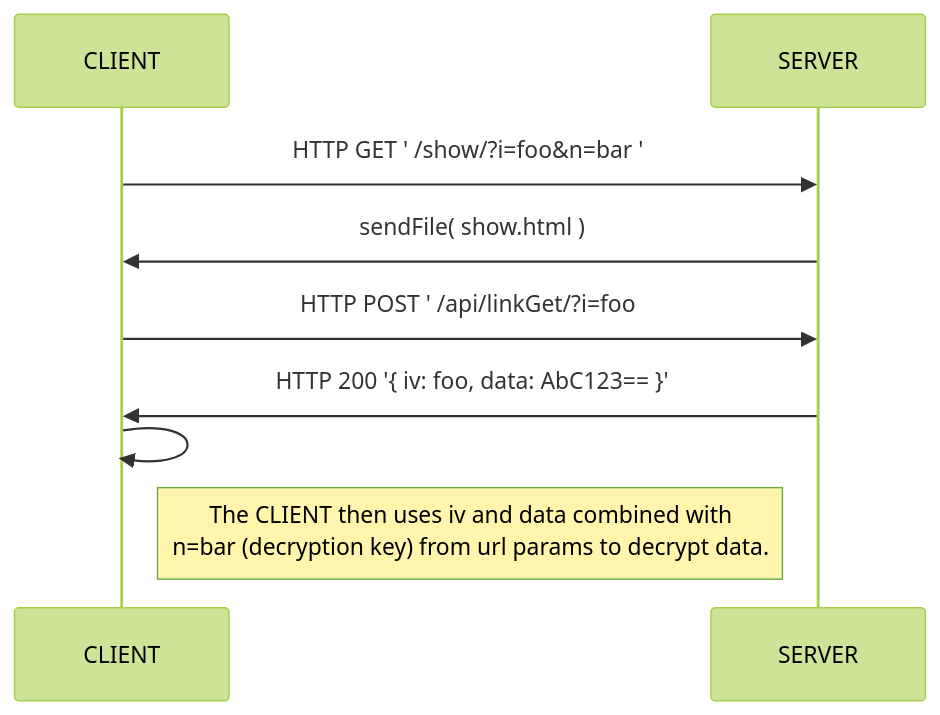
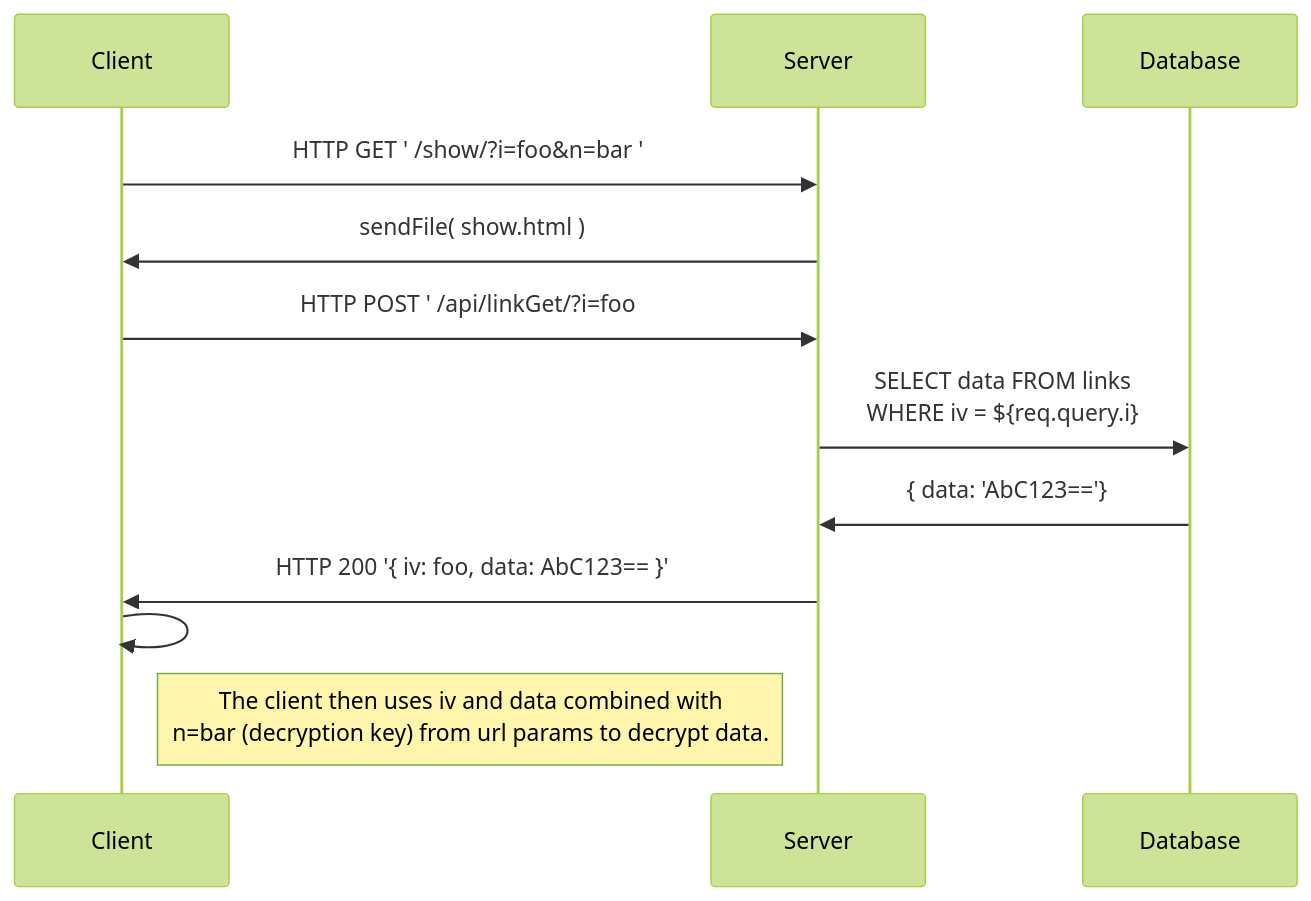
One commit to basht0p/BurnAfterClicking changed the second of 2 diagrams in README.md. Above: the diagram before and after it, drawn with Mermaid (forest theme).

````diff
--- a/README.md
+++ b/README.md
@@ -15,9 +15,11 @@
 ```mermaid
 sequenceDiagram
-CLIENT ->> SERVER: HTTP GET ' /show/?i=foo&n=bar '
-SERVER ->> CLIENT: sendFile( show.html )
-CLIENT ->> SERVER: HTTP POST ' /api/linkGet/?i=foo
-SERVER ->> CLIENT: HTTP 200 '{ iv: foo, data: AbC123== }'
-CLIENT ->> CLIENT: 
-Note right of CLIENT: The CLIENT then uses iv and data combined with <br>n=bar (decryption key) from url params to decrypt data.
+Client ->> Server: HTTP GET ' /show/?i=foo&n=bar '
+Server ->> Client: sendFile( show.html )
+Client ->> Server: HTTP POST ' /api/linkGet/?i=foo
+Server ->> Database: SELECT data FROM links<br> WHERE iv = ${req.query.i}
+Database ->> Server: { data: 'AbC123=='}
+Server ->> Client: HTTP 200 '{ iv: foo, data: AbC123== }'
+Client ->> Client: 
+Note right of Client: The client then uses iv and data combined with <br>n=bar (decryption key) from url params to decrypt data.
 ```
````
